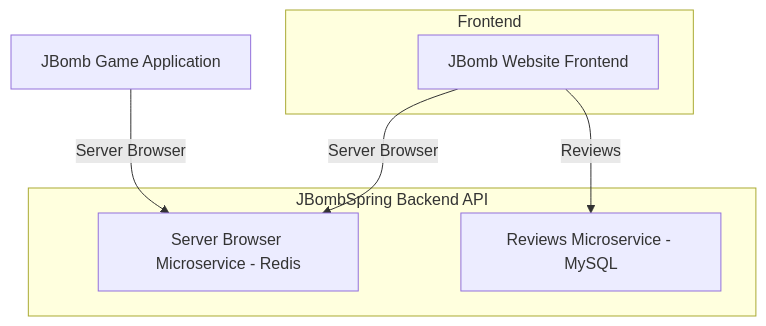
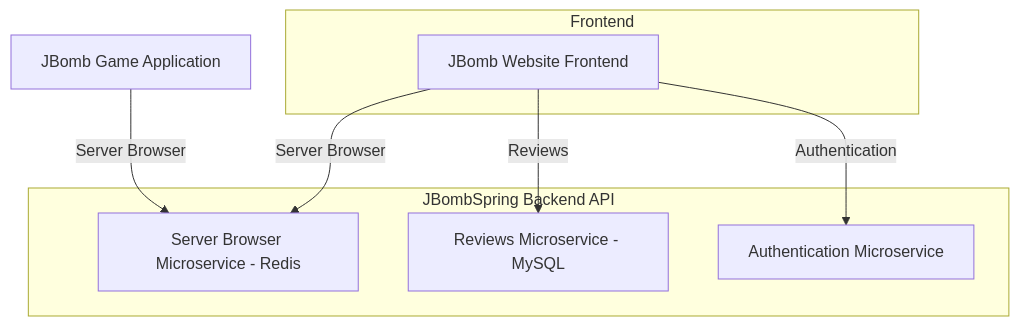
One commit to simonediberardino/JBomb-Spring-Backend changed the diagram in README.md. Above: the diagram before and after it, drawn with Mermaid.

Commit message:
Add Authentication Microservice to architecture diagram

````diff
--- a/README.md
+++ b/README.md
@@ -20,20 +20,22 @@
 ```mermaid
 flowchart TB
     subgraph Frontend
         FE[JBomb Website Frontend]
     end
 
     subgraph Backend[JBombSpring Backend API]
         RED[Server Browser Microservice - Redis]
         DB[Reviews Microservice - MySQL]
+        AUTH[Authentication Microservice]
     end
 
     GAME[JBomb Game Application]
 
     %% Frontend interactions
     FE -->|Server Browser| RED
     FE -->|Reviews| DB
+    FE -->|Authentication| AUTH
 
     %% Game interactions
     GAME -->|Server Browser| RED
 ```
````
